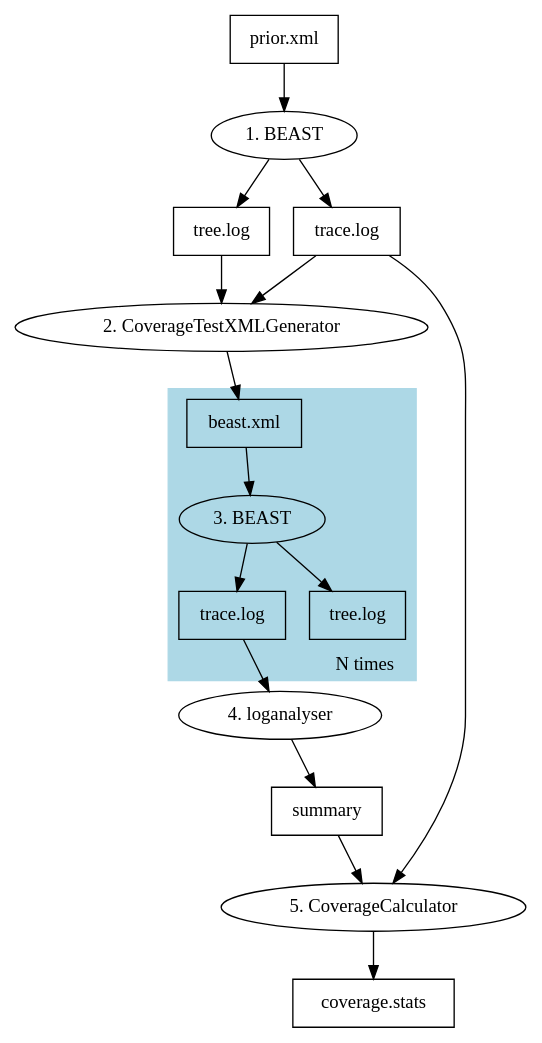
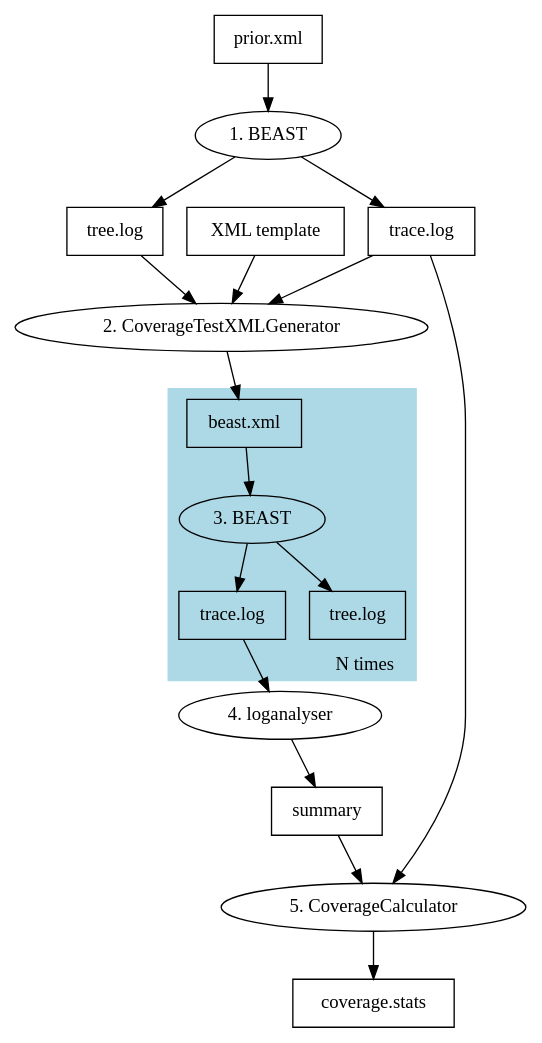
The diagram in figures/operatorTest.dot (rbouckaert/DeveloperManual), drawn with Graphviz before and after one commit. The commit also changed 4 other files, not shown here.

```diff
--- a/figures/operatorTest.dot
+++ b/figures/operatorTest.dot
@@ -1,35 +1,37 @@
 digraph G {
 	prior_xml [shape=box, label="prior.xml"];
 	trace_log [shape=box, label="trace.log"];
 	tree_log [shape=box, label="tree.log"];
 	tracelogs [shape=box, label="trace.log"];
 	treelogs [shape=box, label="tree.log"];
 	beast_xml [shape=box, label="beast.xml"];
 	summary  [shape=box, label="summary"];
+	template  [shape=box, label="XML template"];
 	
 	BEAST [label="1. BEAST"];
 	CoverageTestXMLGenerator [label="2. CoverageTestXMLGenerator"]
 	BEAST2 [label="3. BEAST"];
 	loganalyser [label="4. loganalyser"];
 	CoverageCalculator [label="5. CoverageCalculator"];
+	template -> CoverageTestXMLGenerator;
 	
 	
 	coverage_stats [shape=box, label="coverage.stats"];
 	prior_xml -> BEAST -> trace_log;
 	BEAST -> tree_log;
 	trace_log -> CoverageTestXMLGenerator;
 	tree_log -> CoverageTestXMLGenerator;
 	CoverageTestXMLGenerator -> beast_xml
 	subgraph cluster0 {
 		beast_xml -> BEAST2;
 		BEAST2 -> tracelogs;
 		BEAST2 -> treelogs;
 		labeljust="r";
 		labelloc="b";
 	    label=" N times"; 
 		style=filled;
 		color=lightblue;
 			}
 	tracelogs -> loganalyser -> summary -> CoverageCalculator -> coverage_stats;	
 	trace_log -> CoverageCalculator;
  }
```
